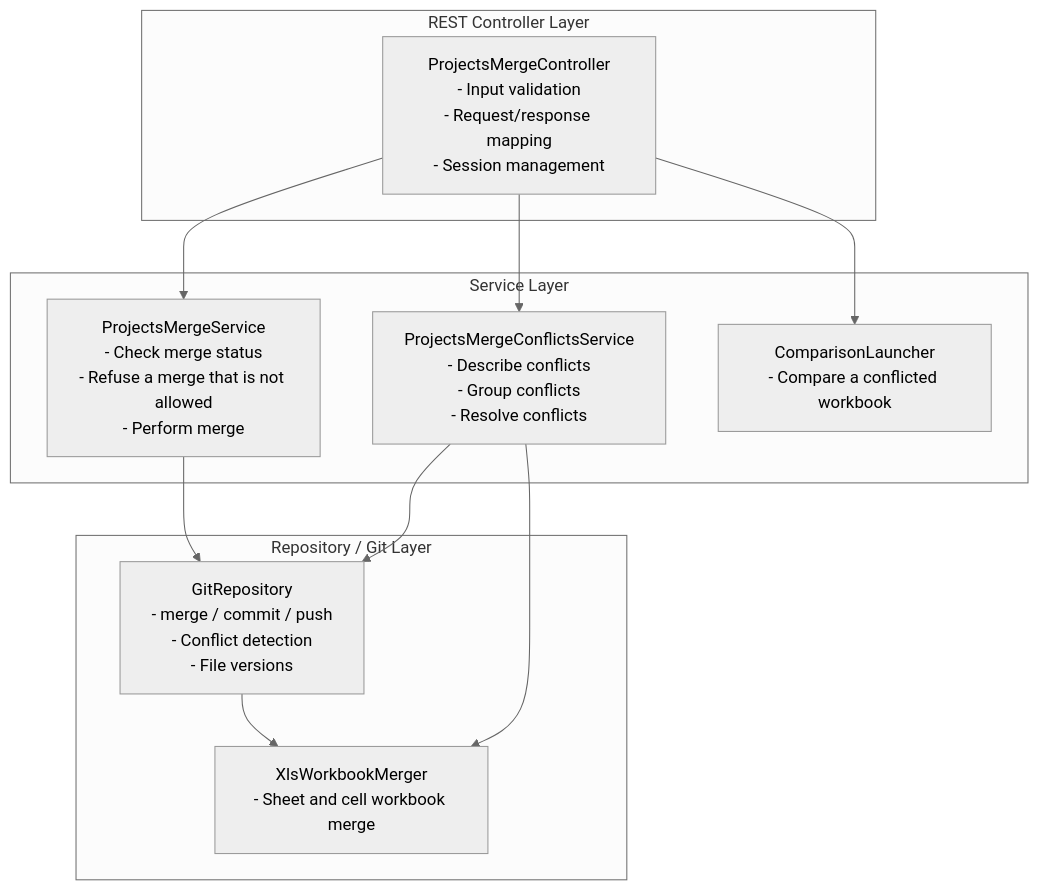
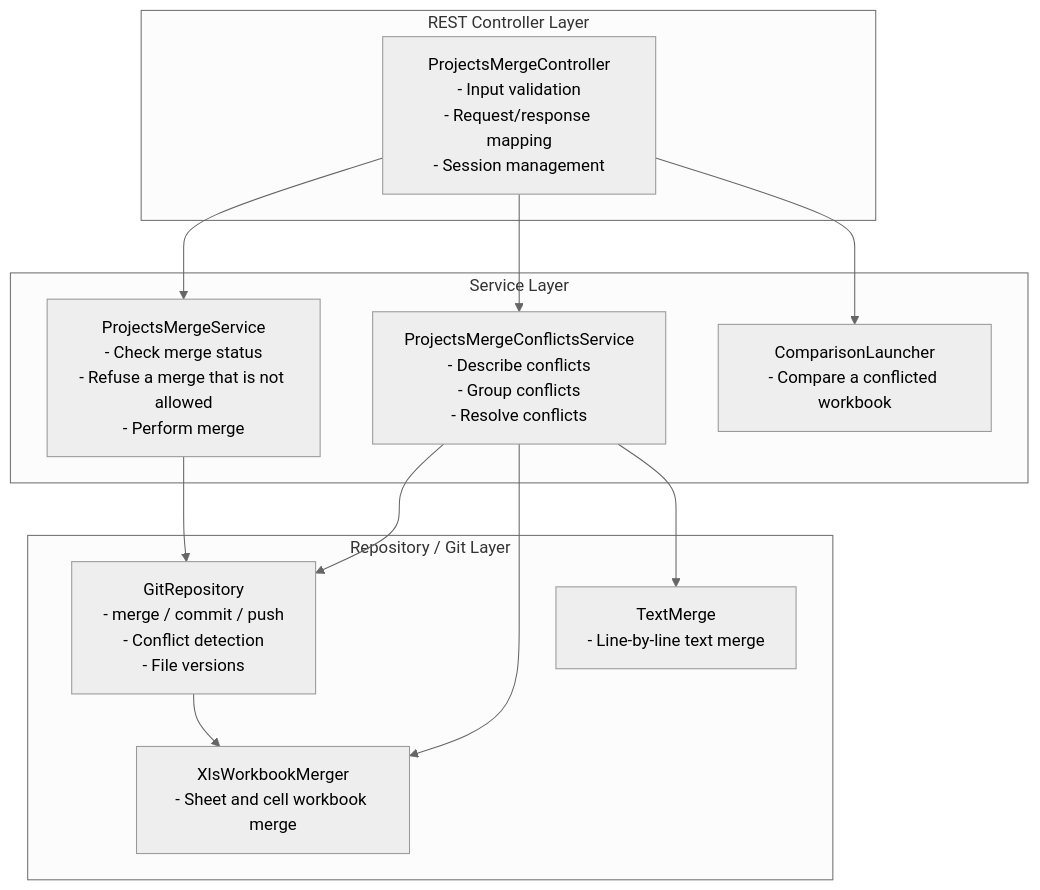
Before and after one commit to openl-tablets/openl-tablets: the first of 2 diagrams in Docs/api/projects-merge-api.md, drawn with Mermaid (neutral theme). The commit also changed other lines of this file and 138 other files, not shown here.

Commit message:
EPBDS-16637 Resolve a conflicted text file line by line in the Resolve Conflicts dialog

````diff
--- a/Docs/api/projects-merge-api.md
+++ b/Docs/api/projects-merge-api.md
@@ -56,29 +58,31 @@
 ```mermaid
 flowchart TB
     %% REST Controller Layer
     subgraph REST["REST Controller Layer"]
         C[ProjectsMergeController<br/>- Input validation<br/>- Request/response mapping<br/>- Session management]
     end
 
     %% Service Layer
     subgraph SERVICE["Service Layer"]
         S1[ProjectsMergeService<br/>- Check merge status<br/>- Refuse a merge that is not allowed<br/>- Perform merge]
         S2[ProjectsMergeConflictsService<br/>- Describe conflicts<br/>- Group conflicts<br/>- Resolve conflicts]
         S3[ComparisonLauncher<br/>- Compare a conflicted workbook]
     end
 
     %% Repository / Git Layer
     subgraph GIT["Repository / Git Layer"]
         G[GitRepository<br/>- merge / commit / push<br/>- Conflict detection<br/>- File versions]
         X[XlsWorkbookMerger<br/>- Sheet and cell workbook merge]
+        T[TextMerge<br/>- Line-by-line text merge]
     end
 
     %% Connections
     C --> S1
     C --> S2
     C --> S3
     S1 --> G
     S2 --> G
     S2 --> X
+    S2 --> T
     G --> X
 ```
````
